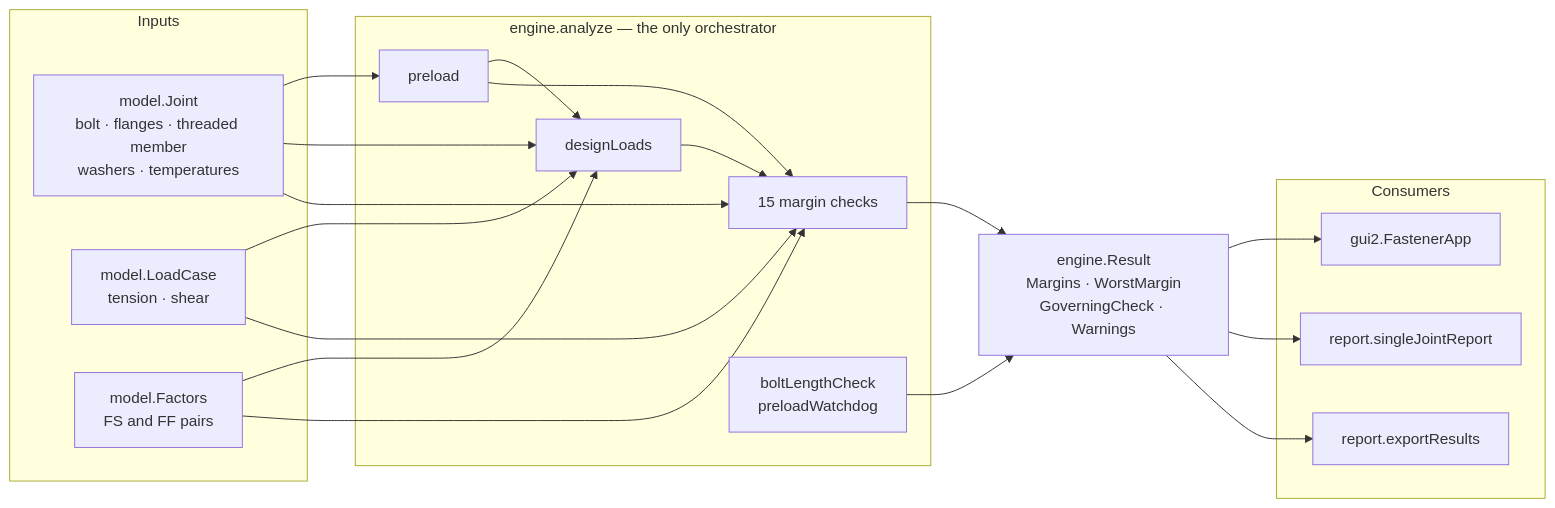
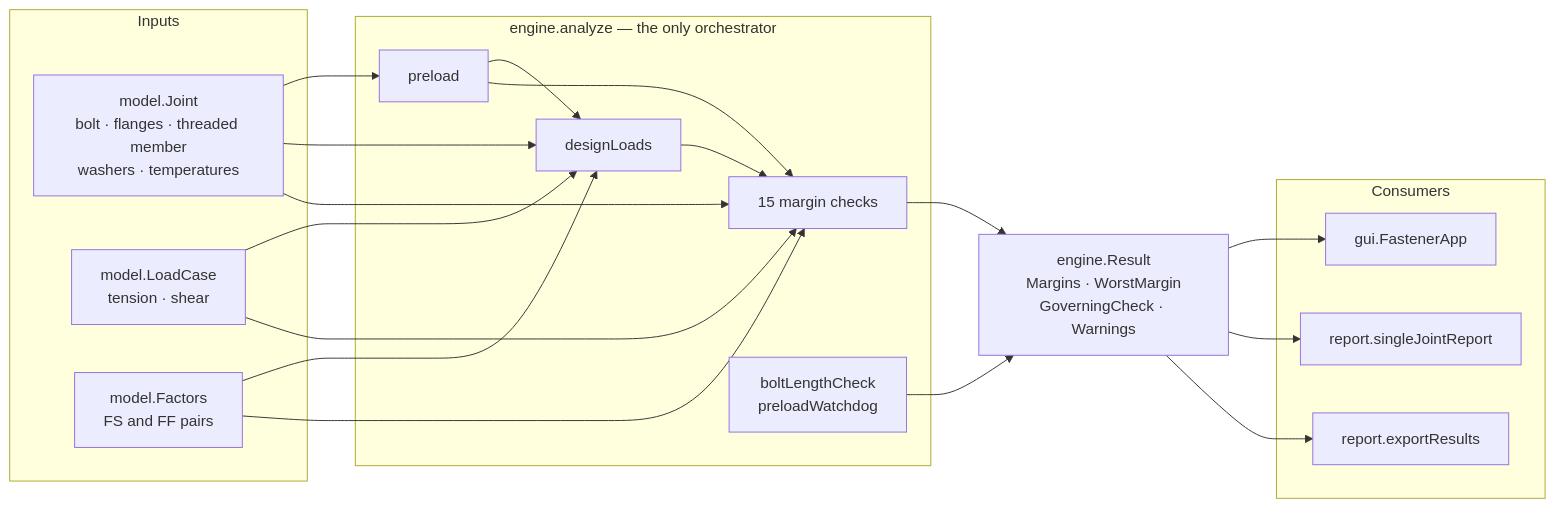
The first of 6 diagrams in ENGINE_FLOW.md (dbuddy25/fastener-matlab), drawn with Mermaid before and after one commit. The commit also changed 106 other files, not shown here.

````diff
--- a/ENGINE_FLOW.md
+++ b/ENGINE_FLOW.md
@@ -13,33 +13,33 @@
 ```mermaid
 flowchart LR
     subgraph IN[" Inputs "]
         J[model.Joint<br/>bolt · flanges · threaded member<br/>washers · temperatures]
         LC[model.LoadCase<br/>tension · shear]
         F[model.Factors<br/>FS and FF pairs]
     end
 
     subgraph ENG[" engine.analyze — the only orchestrator "]
         P[preload]
         DL[designLoads]
         CHK[15 margin checks]
         AUX[boltLengthCheck<br/>preloadWatchdog]
     end
 
     R[engine.Result<br/>Margins · WorstMargin<br/>GoverningCheck · Warnings]
 
     subgraph OUT[" Consumers "]
-        GUI[gui2.FastenerApp]
+        GUI[gui.FastenerApp]
         PDF[report.singleJointReport]
         XL[report.exportResults]
     end
 
     J --> P & DL & CHK
     LC --> DL & CHK
     F --> DL & CHK
     P --> DL
     P --> CHK
     DL --> CHK
     CHK --> R
     AUX --> R
     R --> GUI & PDF & XL
 ```
````
